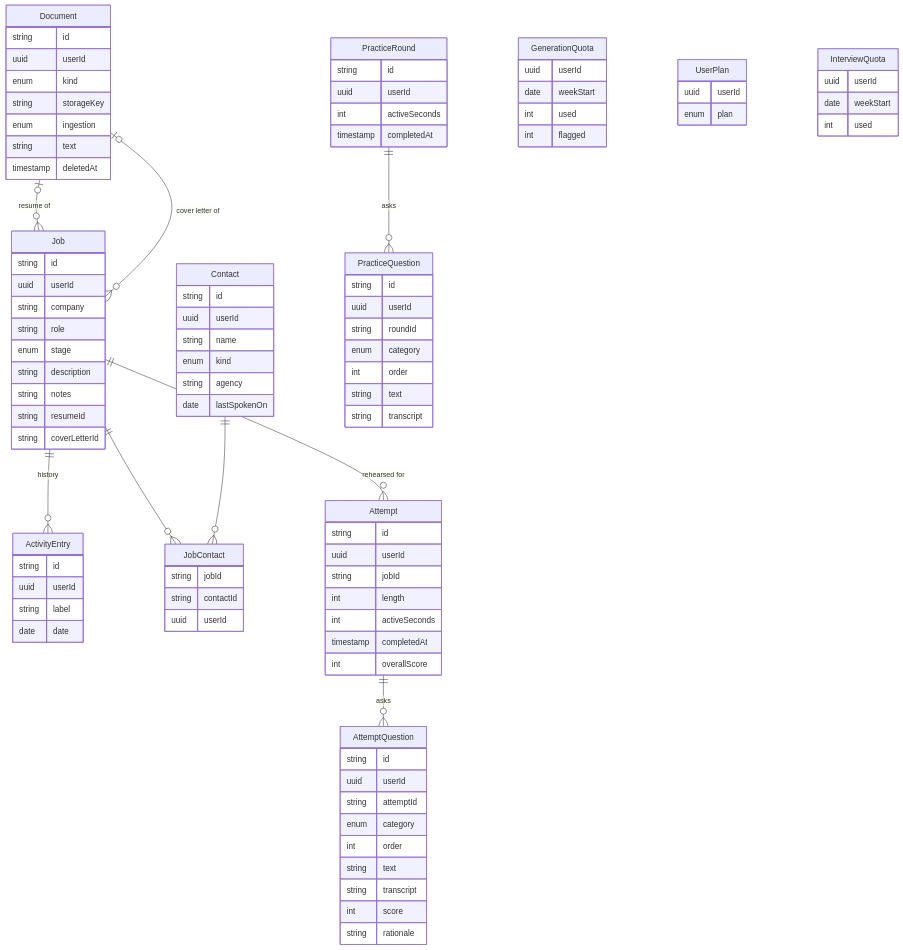
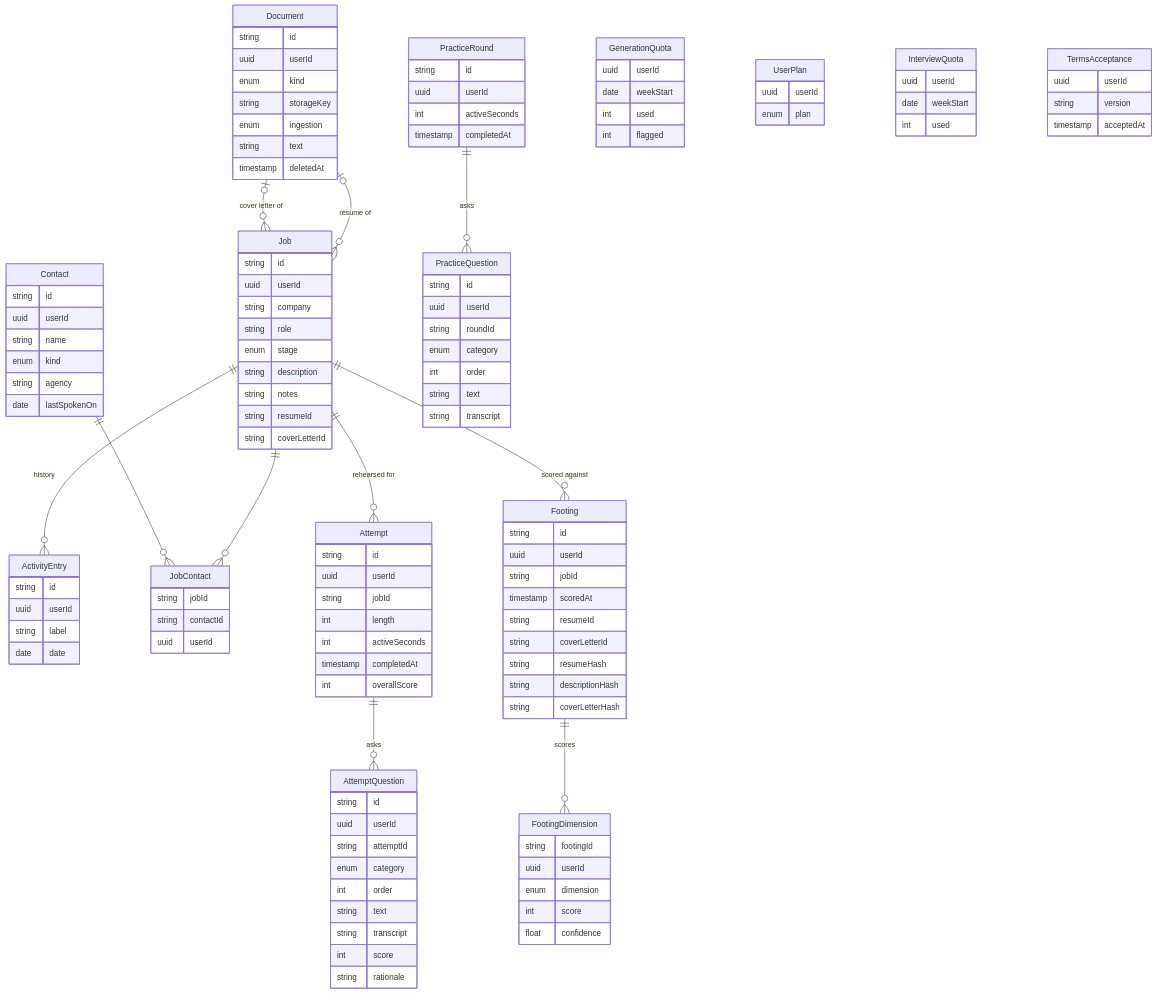
The eighth of 8 diagrams in docs/architecture.md (craigblunden/trailhead), drawn with Mermaid before and after one commit. The commit also changed other lines of this file and 43 other files, not shown here.

First line of the commit message:
Footing: score the posting against the kit, and keep it

````diff
--- a/docs/architecture.md
+++ b/docs/architecture.md
@@ -286,6 +359,8 @@
   Job ||--o{ Attempt : "rehearsed for"
   Attempt ||--o{ AttemptQuestion : "asks"
   PracticeRound ||--o{ PracticeQuestion : "asks"
+  Job ||--o{ Footing : "scored against"
+  Footing ||--o{ FootingDimension : "scores"
 
   Job {
     string id
@@ -376,4 +451,27 @@
     string text
     string transcript
   }
+  Footing {
+    string id
+    uuid userId
+    string jobId
+    timestamp scoredAt
+    string resumeId
+    string coverLetterId
+    string resumeHash
+    string descriptionHash
+    string coverLetterHash
+  }
+  FootingDimension {
+    string footingId
+    uuid userId
+    enum dimension
+    int score
+    float confidence
+  }
+  TermsAcceptance {
+    uuid userId
+    string version
+    timestamp acceptedAt
+  }
 ```
````
